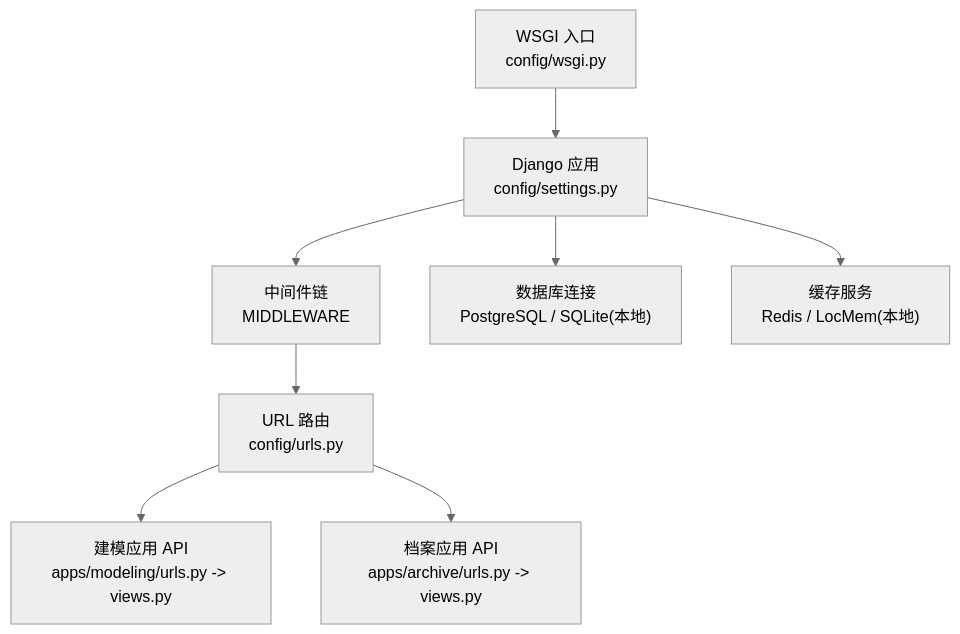
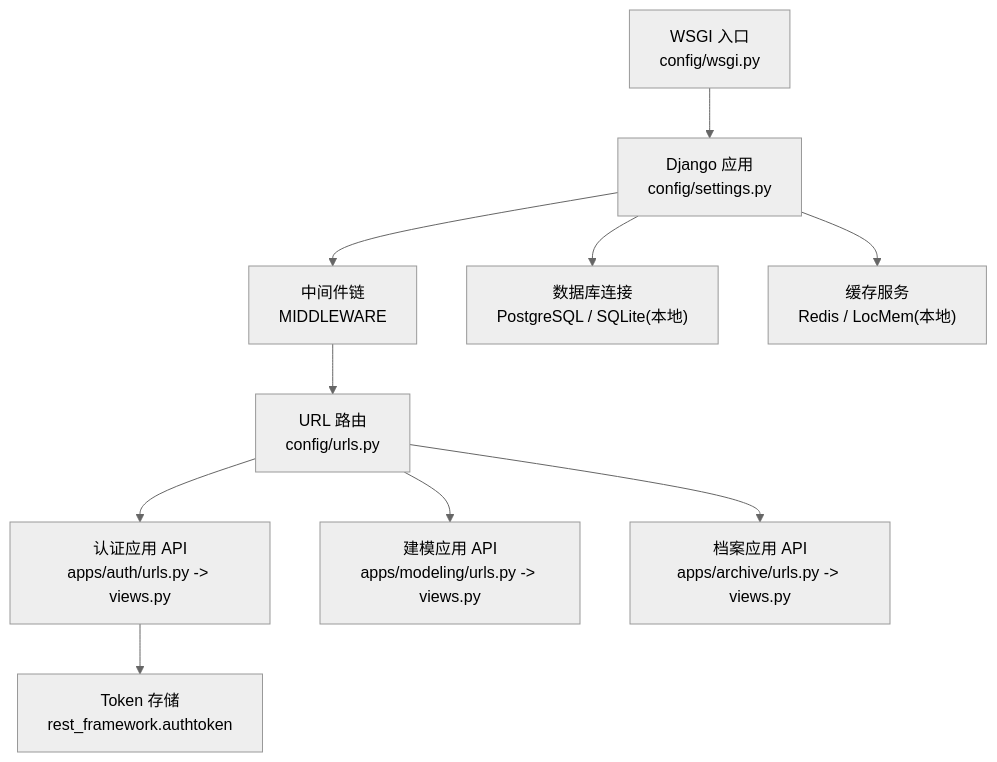
The first of 7 diagrams in .qoder/repowiki/zh/content/架构设计/后端架构/中间件与安全.md (zyp-coder/Metadata), drawn with Mermaid (neutral theme) before and after one commit. The commit also changed other lines of this file and 54 other files, not shown here.

````diff
--- a/.qoder/repowiki/zh/content/架构设计/后端架构/中间件与安全.md
+++ b/.qoder/repowiki/zh/content/架构设计/后端架构/中间件与安全.md
@@ -33,10 +53,12 @@
 ```mermaid
 graph TB
 A["WSGI 入口<br/>config/wsgi.py"] --> B["Django 应用<br/>config/settings.py"]
 B --> C["中间件链<br/>MIDDLEWARE"]
 C --> D["URL 路由<br/>config/urls.py"]
-D --> E["建模应用 API<br/>apps/modeling/urls.py -> views.py"]
-D --> F["档案应用 API<br/>apps/archive/urls.py -> views.py"]
-B --> G["数据库连接<br/>PostgreSQL / SQLite(本地)"]
-B --> H["缓存服务<br/>Redis / LocMem(本地)"]
+D --> E["认证应用 API<br/>apps/auth/urls.py -> views.py"]
+D --> F["建模应用 API<br/>apps/modeling/urls.py -> views.py"]
+D --> G["档案应用 API<br/>apps/archive/urls.py -> views.py"]
+B --> H["数据库连接<br/>PostgreSQL / SQLite(本地)"]
+B --> I["缓存服务<br/>Redis / LocMem(本地)"]
+E --> J["Token 存储<br/>rest_framework.authtoken"]
 ```
````
